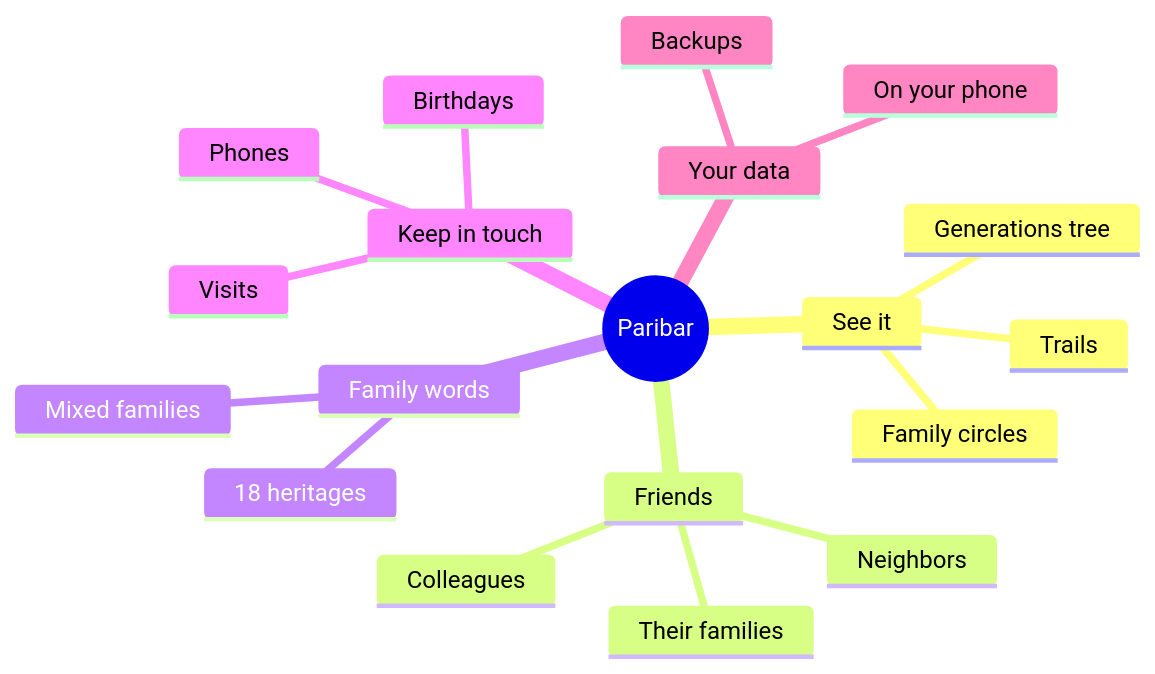
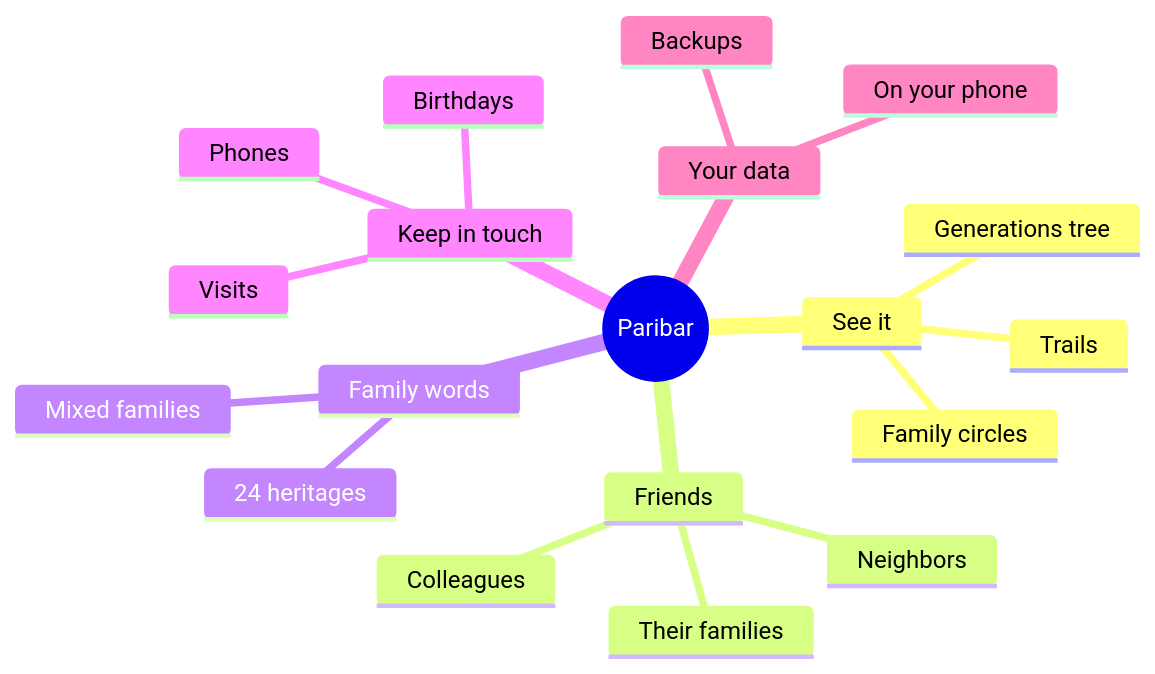
The fourth of 8 diagrams in README.md (akaseahawk/paribar-family-tree), drawn with Mermaid before and after one commit. The commit also changed other lines of this file and 12 other files, not shown here.

````diff
--- a/README.md
+++ b/README.md
@@ -61,22 +69,22 @@
 ```mermaid
 mindmap
   root((Paribar))
     See it
       Generations tree
       Family circles
       Trails
     Friends
       Neighbors
       Colleagues
       Their families
     Family words
-      18 heritages
+      24 heritages
       Mixed families
     Keep in touch
       Phones
       Birthdays
       Visits
     Your data
       On your phone
       Backups
 ```
````
